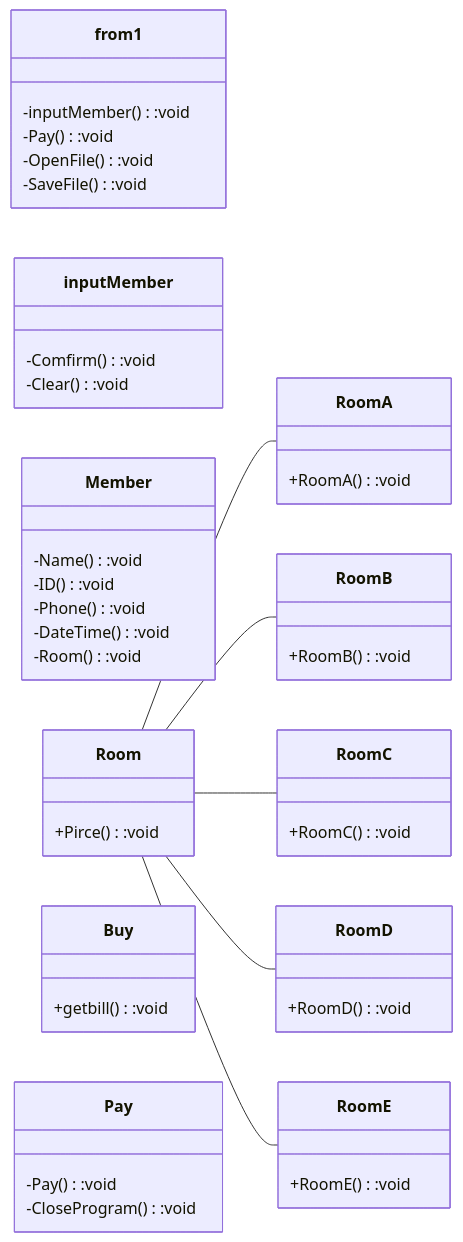
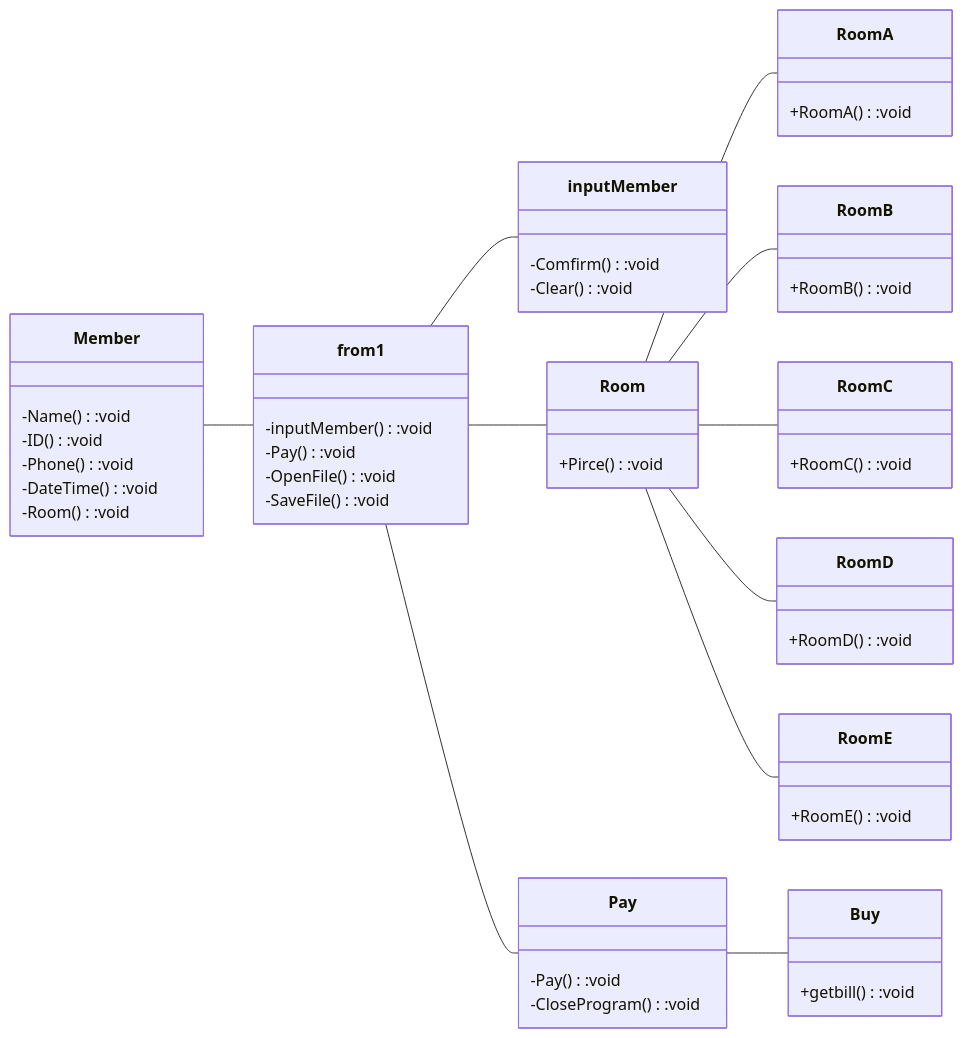
One commit to Worachot1125/FinalProject changed the diagram in README.md. Above: the diagram before and after it, drawn with Mermaid.

````diff
--- a/README.md
+++ b/README.md
@@ -14,61 +14,69 @@
 ```mermaid
 classDiagram
   direction LR
   class from1{
   -inputMember():void
   -Pay():void
   -OpenFile():void
   -SaveFile():void
 }
 
 class inputMember{
   -Comfirm():void
   -Clear():void
 }
 
   class Member{
   -Name():void
   -ID():void
   -Phone():void
   -DateTime():void
   -Room():void
 }
 
   class Room{
   +Pirce():void
 }
 
   class RoomA{
   +RoomA():void
 }
 
   class RoomB{
   +RoomB():void
 }
 
   class RoomC{
   +RoomC():void
 }
 
   class RoomD{
   +RoomD():void
 }
   class RoomE{
   +RoomE():void
 }
 
   class Buy{
   +getbill():void
 }
 
   class Pay{
   -Pay():void
   -CloseProgram():void
 }
+ 
+ Member -- from1
+ 
+  from1 -- inputMember
+  from1 -- Room
+  from1 -- Pay
+  
+  Pay -- Buy
 
   Room -- RoomA
   Room -- RoomB
   Room -- RoomC
   Room -- RoomD
   Room -- RoomE
 ```
````
